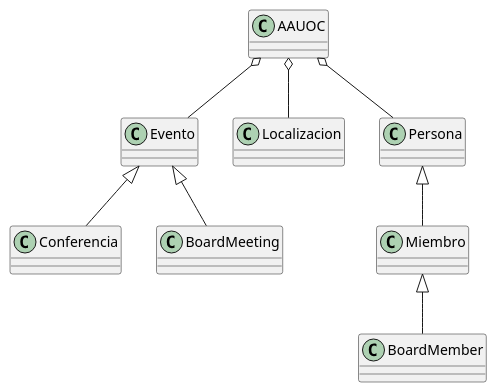
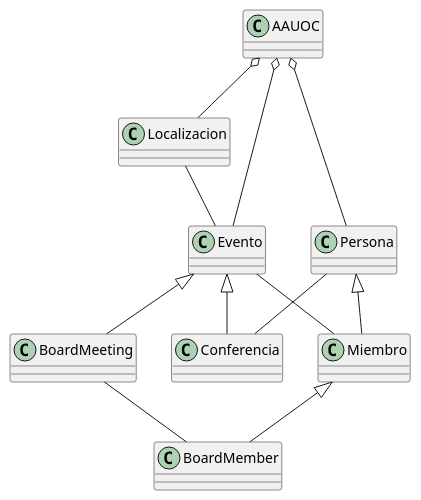
One commit to abrahambelen/UMLClasesAbrahamBelenDuran changed the diagram in src/EjercicioUML.puml. Above: the diagram before and after it, drawn with PlantUML.

Commit message:
Creación del cuarto modelo de datos

```diff
--- a/src/EjercicioUML.puml
+++ b/src/EjercicioUML.puml
@@ -1,47 +1,54 @@
 @startuml
 
 class Miembro{
 
 }
 
 class BoardMember{
 
 }
 
 class Evento{
 
 
 }
 
 class Conferencia{
 
 }
 
 class BoardMeeting{
 
 }
 
 class Localizacion{
 
 }
 
 class Persona{
 
 }
 
 class AAUOC{
 
 }
 
 Evento <|-- Conferencia
 Evento <|-- BoardMeeting
 
 Persona <|-- Miembro
 Miembro <|-- BoardMember
 
 AAUOC o-- Persona
 AAUOC o-- Localizacion
 AAUOC o-- Evento
 
+Persona -- Conferencia
+
+BoardMeeting -- BoardMember
+
+Evento -- Miembro
+
+Localizacion -- Evento
 
 @enduml
```
